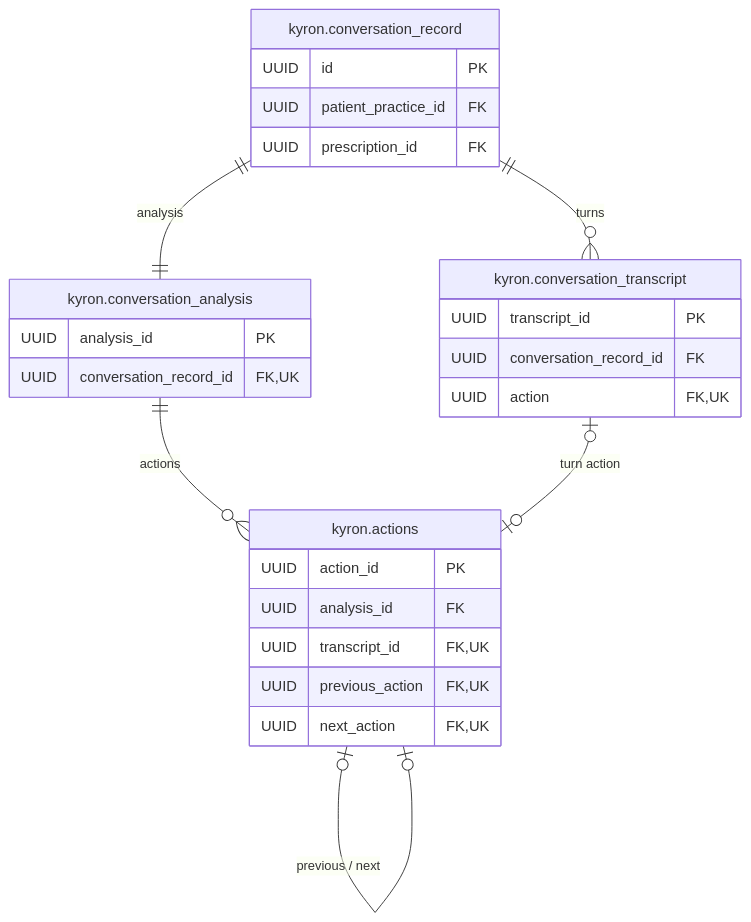
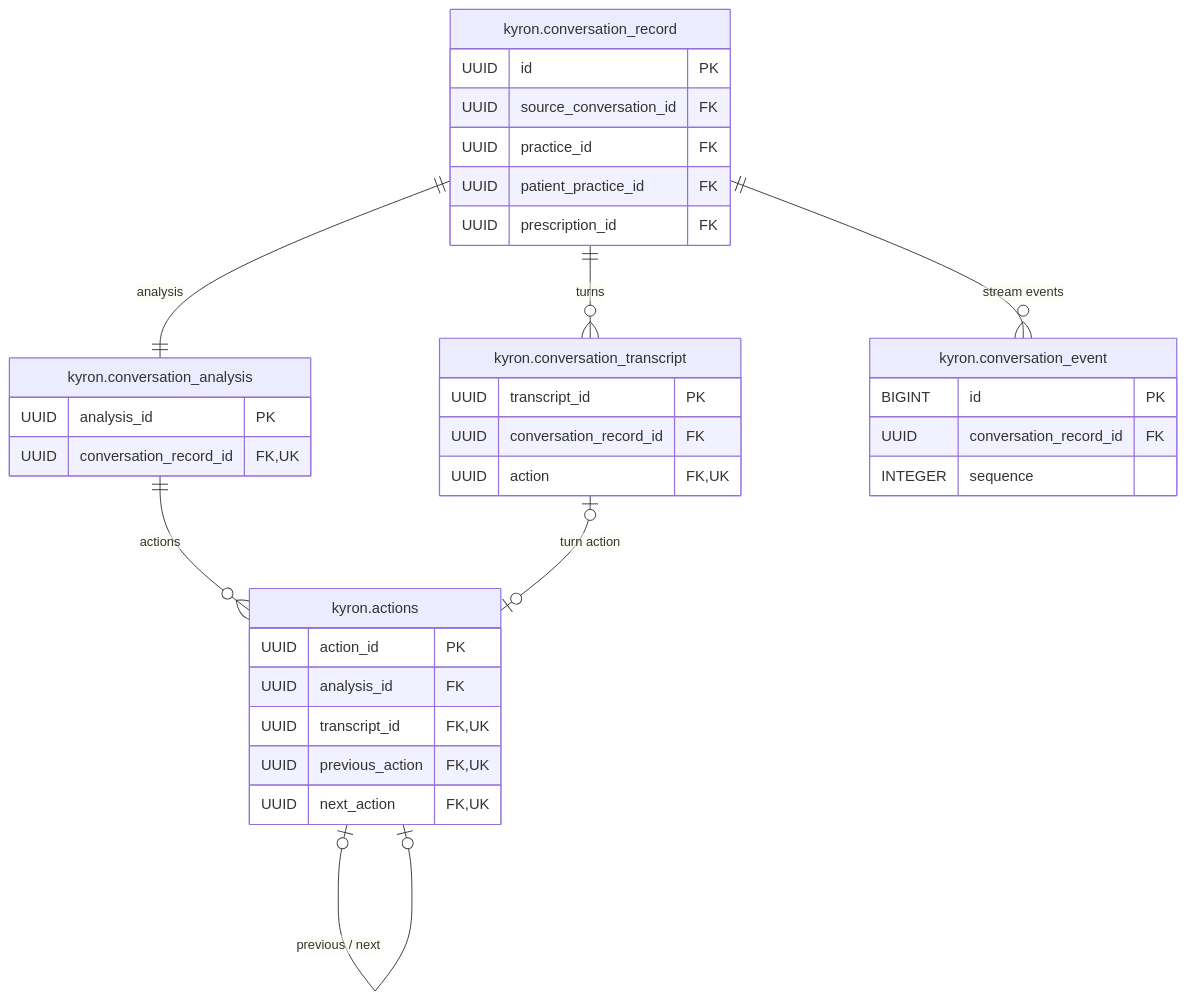
Before and after one commit to tjaung/kyron: the second of 7 diagrams in README.md, drawn with Mermaid. The commit also changed other lines of this file and 39 other files, not shown here.

````diff
--- a/README.md
+++ b/README.md
@@ -95,29 +112,37 @@
 ```mermaid
 erDiagram
     "kyron.conversation_record" {
         UUID id PK
+        UUID source_conversation_id FK
+        UUID practice_id FK
         UUID patient_practice_id FK
         UUID prescription_id FK
     }
     "kyron.conversation_transcript" {
         UUID transcript_id PK
         UUID conversation_record_id FK
         UUID action FK, UK
     }
     "kyron.conversation_analysis" {
         UUID analysis_id PK
         UUID conversation_record_id FK, UK
     }
     "kyron.actions" {
         UUID action_id PK
         UUID analysis_id FK
         UUID transcript_id FK, UK
         UUID previous_action FK, UK
         UUID next_action FK, UK
     }
+    "kyron.conversation_event" {
+        BIGINT id PK
+        UUID conversation_record_id FK
+        INTEGER sequence
+    }
+    "kyron.conversation_record" ||--o{ "kyron.conversation_event" : "stream events"
     "kyron.conversation_record" ||--o{ "kyron.conversation_transcript" : "turns"
     "kyron.conversation_record" ||--|| "kyron.conversation_analysis" : "analysis"
     "kyron.conversation_analysis" ||--o{ "kyron.actions" : "actions"
     "kyron.conversation_transcript" o|--o| "kyron.actions" : "turn action"
     "kyron.actions" o|--o| "kyron.actions" : "previous / next"
 ```
````
